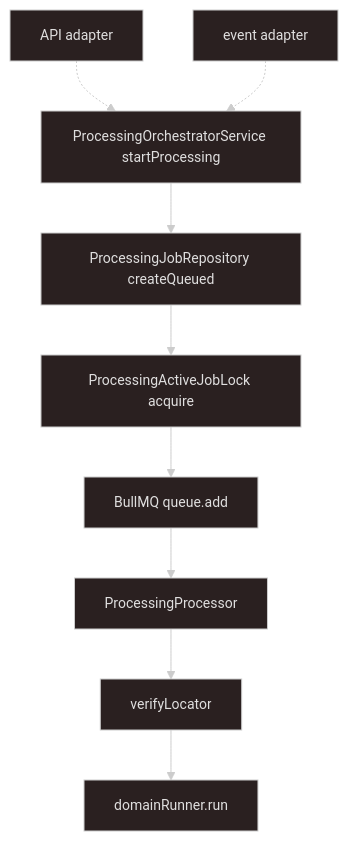
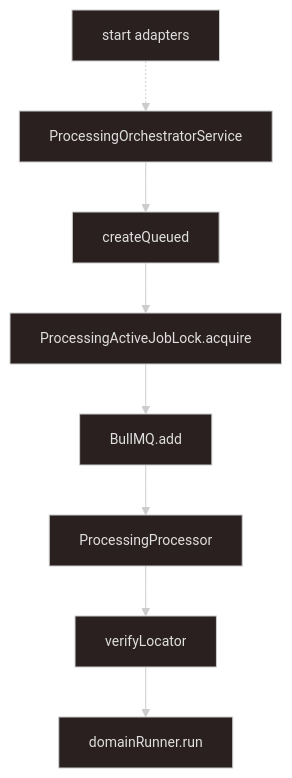
Before and after one commit to kyung-lee-official/turborepo-sandbox: the diagram in .cursor/skills/async-processing/SKILL.md, drawn with Mermaid. The commit also changed other lines of this file, not shown here.

Commit message:
docs: update async-processing skill documentation with refined architecture and storage roles

````diff
--- a/.cursor/skills/async-processing/SKILL.md
+++ b/.cursor/skills/async-processing/SKILL.md
@@ -27,24 +33,18 @@
 ```mermaid
 ---
 config:
   theme: neo-dark
 ---
 flowchart TD
-  apiAdp["API adapter"]
-  eventAdp["event adapter"]
-  orch["ProcessingOrchestratorService startProcessing"]
-  persist["ProcessingJobRepository createQueued"]
-  enqueue["BullMQ queue.add"]
+  adapters["start adapters"]
+  orch["ProcessingOrchestratorService"]
+  db["createQueued"]
+  lock["ProcessingActiveJobLock.acquire"]
+  queue["BullMQ.add"]
   worker["ProcessingProcessor"]
   verify["verifyLocator"]
   domain["domainRunner.run"]
 
-  apiAdp -.-> orch
-  eventAdp -.-> orch
-  orch --> persist
-  persist --> lock["ProcessingActiveJobLock acquire"]
-  lock --> enqueue
-  enqueue --> worker
-  worker --> verify
-  verify --> domain
+  adapters -.-> orch
+  orch --> db --> lock --> queue --> worker --> verify --> domain
 ```
````
